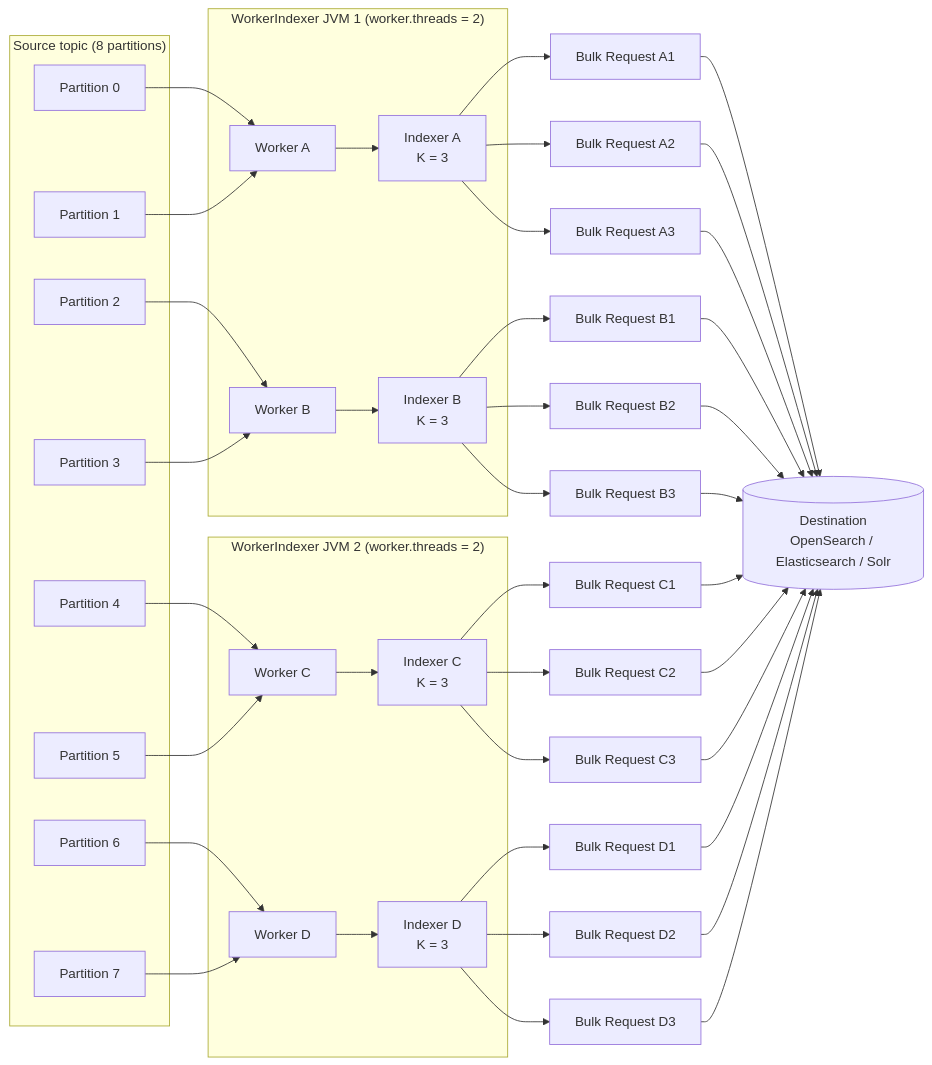
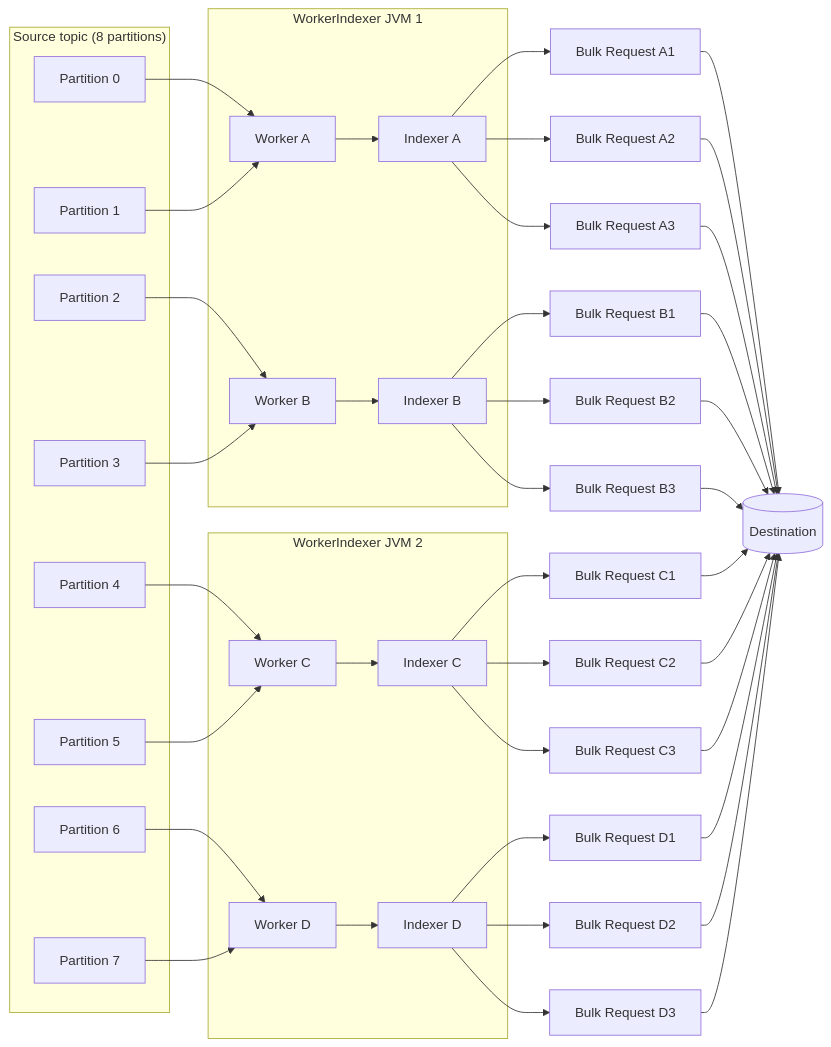
The third of 5 diagrams in doc/site/content/en/docs/operations/indexing-throughput/indexing-fan-out.md (kmwtechnology/lucille), drawn with Mermaid before and after one commit. The commit also changed other lines of this file and 1 other file, not shown here.

First line of the commit message:
docs: simplify fan-out diagram labels; fix Mermaid edge curves

````diff
--- a/doc/site/content/en/docs/operations/indexing-throughput/indexing-fan-out.md
+++ b/doc/site/content/en/docs/operations/indexing-throughput/indexing-fan-out.md
@@ -132,50 +133,50 @@
 ```mermaid
 flowchart LR
     subgraph SRC["Source topic (8 partitions)"]
         P0["Partition 0"]
         P1["Partition 1"]
         P2["Partition 2"]
         P3["Partition 3"]
         P4["Partition 4"]
         P5["Partition 5"]
         P6["Partition 6"]
         P7["Partition 7"]
     end
 
-    subgraph JVMA["WorkerIndexer JVM 1 (worker.threads = 2)"]
-        WA0["Worker A"] --> IA0["Indexer A<br/>K = 3"]
-        WA1["Worker B"] --> IA1["Indexer B<br/>K = 3"]
+    subgraph JVMA["WorkerIndexer JVM 1"]
+        WA0["Worker A"] --> IA0["Indexer A"]
+        WA1["Worker B"] --> IA1["Indexer B"]
     end
 
-    subgraph JVMB["WorkerIndexer JVM 2 (worker.threads = 2)"]
-        WB0["Worker C"] --> IB0["Indexer C<br/>K = 3"]
-        WB1["Worker D"] --> IB1["Indexer D<br/>K = 3"]
+    subgraph JVMB["WorkerIndexer JVM 2"]
+        WB0["Worker C"] --> IB0["Indexer C"]
+        WB1["Worker D"] --> IB1["Indexer D"]
     end
 
     IA0 --> RA01["Bulk Request A1"] --> DEST
     IA0 --> RA02["Bulk Request A2"] --> DEST
     IA0 --> RA03["Bulk Request A3"] --> DEST
 
     IA1 --> RA11["Bulk Request B1"] --> DEST
     IA1 --> RA12["Bulk Request B2"] --> DEST
     IA1 --> RA13["Bulk Request B3"] --> DEST
 
     IB0 --> RB01["Bulk Request C1"] --> DEST
     IB0 --> RB02["Bulk Request C2"] --> DEST
     IB0 --> RB03["Bulk Request C3"] --> DEST
 
     IB1 --> RB11["Bulk Request D1"] --> DEST
     IB1 --> RB12["Bulk Request D2"] --> DEST
     IB1 --> RB13["Bulk Request D3"] --> DEST
 
-    DEST[("Destination<br/>OpenSearch / Elasticsearch / Solr")]
+    DEST[("Destination")]
 
     P0 --> WA0
     P1 --> WA0
     P2 --> WA1
     P3 --> WA1
     P4 --> WB0
     P5 --> WB0
     P6 --> WB1
     P7 --> WB1
 ```
````
